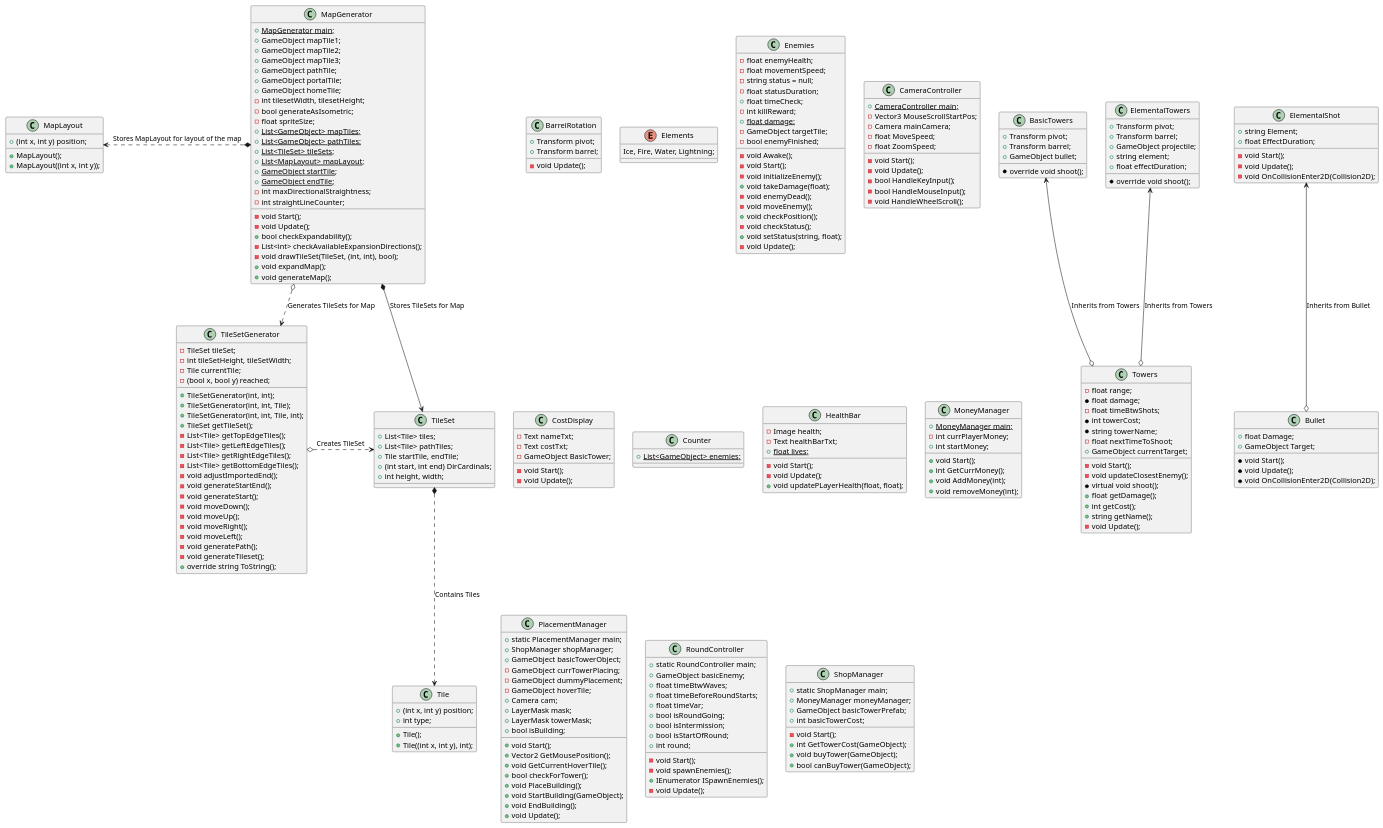
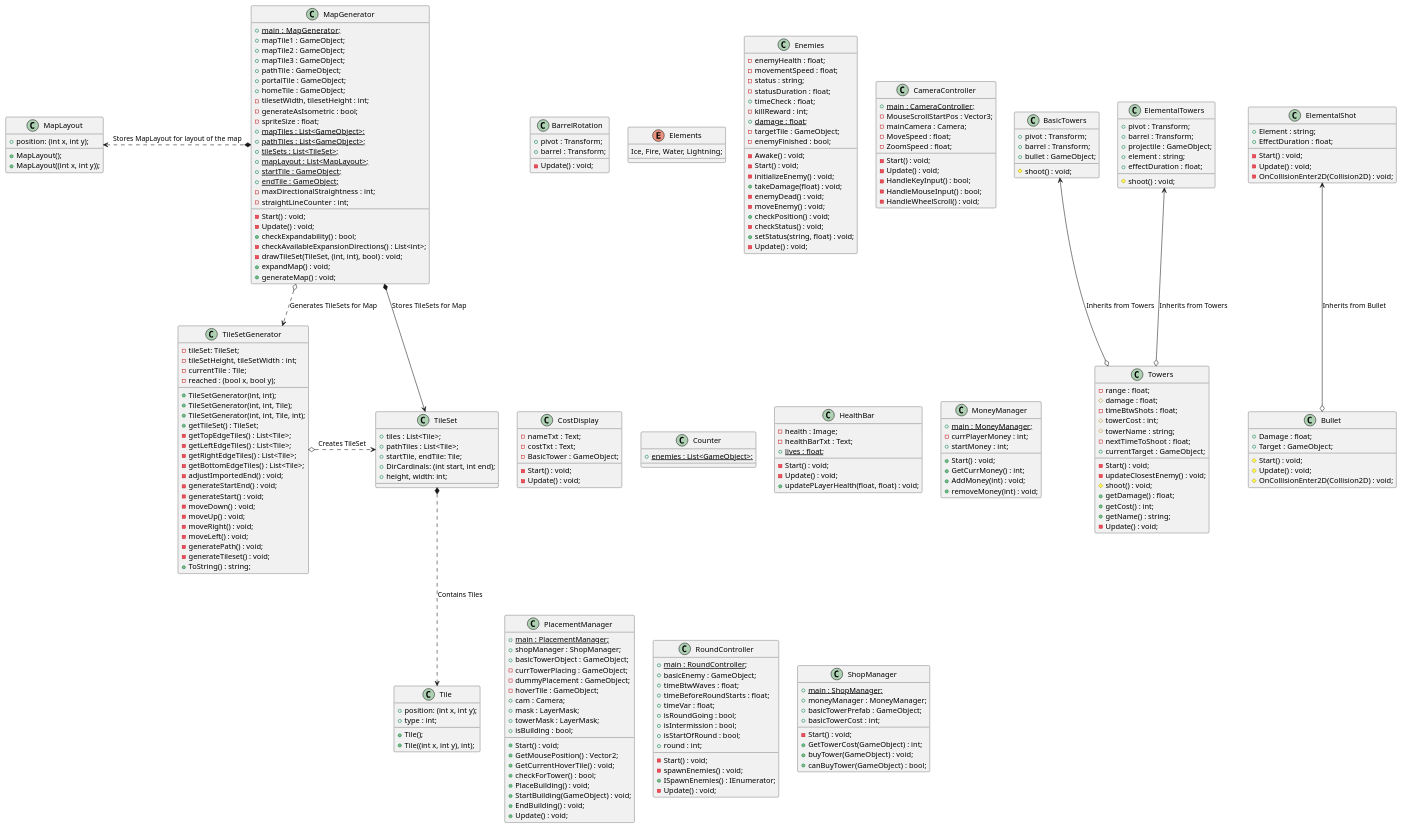
One commit to fsu-fall2022-capstone/Project-Group-4 changed the diagram in Docs/Diagrams/PlantUML/ClassDiagram.wsd. Above: the diagram before and after it, drawn with PlantUML.

Commit message:
reposition declared types

```diff
--- a/Docs/Diagrams/PlantUML/ClassDiagram.wsd
+++ b/Docs/Diagrams/PlantUML/ClassDiagram.wsd
@@ -1,76 +1,76 @@
 @startuml
     class Tile {
-        + {field} (int x, int y) position;
-        + int type;
+        + {field} position: (int x, int y);
+        + type : int;
         + Tile();
         + Tile((int x, int y), int);
     }
 
     class MapLayout {
-        + {field} (int x, int y) position;
+        + {field} position: (int x, int y);
         + MapLayout();
         + MapLayout((int x, int y));
     }
 
     class TileSet {
-        + List<Tile> tiles;
-        + List<Tile> pathTiles;
-        + Tile startTile, endTile;
-        + {field} (int start, int end) DirCardinals;
-        + int height, width;
+        + tiles : List<Tile>;
+        + pathTiles : List<Tile>;
+        + startTile, endTile: Tile;
+        + {field} DirCardinals: (int start, int end);
+        + height, width: int;
     }
 
     class TileSetGenerator {
-        - TileSet tileSet;
-        - int tileSetHeight, tileSetWidth;
-        - Tile currentTile;
-        - {field} (bool x, bool y) reached;
+        - tileSet: TileSet;
+        - tileSetHeight, tileSetWidth : int;
+        - currentTile : Tile;
+        - {field} reached : (bool x, bool y);
         + TileSetGenerator(int, int);
         + TileSetGenerator(int, int, Tile);
         + TileSetGenerator(int, int, Tile, int);
-        + TileSet getTileSet();
-        - List<Tile> getTopEdgeTiles();
-        - List<Tile> getLeftEdgeTiles();
-        - List<Tile> getRightEdgeTiles();
-        - List<Tile> getBottomEdgeTiles();
-        - void adjustImportedEnd();
-        - void generateStartEnd();
-        - void generateStart();
-        - void moveDown();
-        - void moveUp();
-        - void moveRight();
-        - void moveLeft();
-        - void generatePath();
-        - void generateTileset();
-        + override string ToString();
+        + getTileSet() : TileSet;
+        - getTopEdgeTiles() : List<Tile>;
+        - getLeftEdgeTiles() : List<Tile>;
+        - getRightEdgeTiles() : List<Tile>;
+        - getBottomEdgeTiles() : List<Tile>;
+        - adjustImportedEnd() : void;
+        - generateStartEnd() : void;
+        - generateStart() : void;
+        - moveDown() : void;
+        - moveUp() : void;
+        - moveRight() : void;
+        - moveLeft() : void;
+        - generatePath() : void;
+        - generateTileset() : void;
+        + ToString() : string;
     }
 
     class MapGenerator {
-        + {static} MapGenerator main;
-        + GameObject mapTile1;
-        + GameObject mapTile2;
-        + GameObject mapTile3;
-        + GameObject pathTile;
-        + GameObject portalTile;
-        + GameObject homeTile;
-        - int tilesetWidth, tilesetHeight;
-        - bool generateAsIsometric;
-        - float spriteSize;
-        + {static} List<GameObject> mapTiles;
-        + {static} List<GameObject> pathTiles;
-        + {static} List<TileSet> tileSets;
-        + {static} List<MapLayout> mapLayout;
-        + {static} GameObject startTile;
-        + {static} GameObject endTile;
-        - int maxDirectionalStraightness;
-        - int straightLineCounter;
-        - void Start();
-        - void Update();
-        + bool checkExpandability();
-        - List<int> checkAvailableExpansionDirections();
-        - void drawTileSet(TileSet, (int, int), bool);
-        + void expandMap();
-        + void generateMap();
+        + {static} main :  MapGenerator;
+        + mapTile1 : GameObject;
+        + mapTile2 : GameObject;
+        + mapTile3 : GameObject;
+        + pathTile : GameObject;
+        + portalTile : GameObject;
+        + homeTile : GameObject;
+        - tilesetWidth, tilesetHeight : int;
+        - generateAsIsometric : bool;
+        - spriteSize : float;
+        + {static} mapTiles : List<GameObject>;
+        + {static} pathTiles : List<GameObject>;
+        + {static} tileSets : List<TileSet>;
+        + {static} mapLayout : List<MapLayout>;
+        + {static} startTile : GameObject;
+        + {static} endTile : GameObject;
+        - maxDirectionalStraightness : int;
+        - straightLineCounter : int;
+        - Start() : void;
+        - Update() : void;
+        + checkExpandability() : bool;
+        - checkAvailableExpansionDirections() : List<int>;
+        - drawTileSet(TileSet, (int, int), bool) : void;
+        + expandMap() : void;
+        + generateMap() : void;
     }
 
     MapLayout <.* MapGenerator: Stores MapLayout for layout of the map
@@ -80,58 +80,58 @@
     MapGenerator *--> TileSet: Stores TileSets for Map
 
     class BarrelRotation {
-        + Transform pivot;
-        + Transform barrel;
-        - void Update();
+        + pivot : Transform;
+        + barrel : Transform;
+        - Update() : void;
     }
 
     class Towers {
-        - float range;
-        * float damage;
-        - float timeBtwShots;
-        * int towerCost;
-        * string towerName;
-        - float nextTimeToShoot;
-        + GameObject currentTarget;
-        - void Start();
-        - void updateClosestEnemy();
-        * virtual void shoot();
-        + float getDamage();
-        + int getCost();
-        + string getName();
-        - void Update();
+        - range : float;
+        # damage : float;
+        - timeBtwShots : float;
+        # towerCost : int;
+        # towerName : string;
+        - nextTimeToShoot : float;
+        + currentTarget : GameObject;
+        - Start() : void;
+        - updateClosestEnemy() : void;
+        # shoot() : void;
+        + getDamage() : float;
+        + getCost() : int;
+        + getName() : string;
+        - Update() : void;
     }
 
     class BasicTowers {
-        + Transform pivot;
-        + Transform barrel;
-        + GameObject bullet;
-        * override void shoot();
+        + pivot : Transform;
+        + barrel : Transform;
+        + bullet : GameObject;
+        # shoot() : void;
     }
 
     class Bullet {
-        + float Damage;
-        + GameObject Target;
-        * void Start();
-        * void Update();
-        * void OnCollisionEnter2D(Collision2D);
+        + Damage : float;
+        + Target : GameObject;
+        # Start() : void;
+        # Update() : void;
+        # OnCollisionEnter2D(Collision2D) : void;
     }
 
     class ElementalShot {
-        + string Element;
-        + float EffectDuration;
-        - void Start();
-        - void Update();
-        - void OnCollisionEnter2D(Collision2D);
+        + Element : string;
+        + EffectDuration : float;
+        - Start() : void;
+        - Update() : void;
+        - OnCollisionEnter2D(Collision2D) : void;
     }
 
     class ElementalTowers {
-        + Transform pivot;
-        + Transform barrel;
-        + GameObject projectile;
-        + string element;
-        + float effectDuration;
-        * override void shoot();
+        + pivot : Transform;
+        + barrel : Transform;
+        + projectile : GameObject;
+        + element : string;
+        + effectDuration : float;
+        # shoot() : void;
     }
 
     ElementalTowers <--o Towers: Inherits from Towers
@@ -144,116 +144,116 @@
     }
 
     class Enemies {
-        - float enemyHealth;
-        - float movementSpeed;
-        - string status = null;
-        - float statusDuration;
-        + float timeCheck;
-        - int killReward;
-        + {static} float damage;
-        - GameObject targetTile;
-        - bool enemyFinished;
-        - void Awake();
-        - void Start();
-        - void initializeEnemy();
-        + void takeDamage(float);
-        - void enemyDead();
-        - void moveEnemy();
-        + void checkPosition();
-        - void checkStatus();
-        + void setStatus(string, float);
-        - void Update();
+        - enemyHealth : float;
+        - movementSpeed : float;
+        - status : string;
+        - statusDuration : float;
+        + timeCheck : float;
+        - killReward : int;
+        + {static} damage : float;
+        - targetTile : GameObject;
+        - enemyFinished : bool;
+        - Awake() : void;
+        - Start() : void;
+        - initializeEnemy() : void;
+        + takeDamage(float) : void;
+        - enemyDead() : void;
+        - moveEnemy() : void;
+        + checkPosition() : void;
+        - checkStatus() : void;
+        + setStatus(string, float) : void;
+        - Update() : void;
     }
 
     class CameraController {
-        + {static} CameraController main;
-        - Vector3 MouseScrollStartPos;
-        - Camera mainCamera;
-        - float MoveSpeed;
-        - float ZoomSpeed;
-        - void Start();
-        - void Update();
-        - bool HandleKeyInput();
-        - bool HandleMouseInput();
-        - void HandleWheelScroll();
+        + {static} main : CameraController; 
+        - MouseScrollStartPos : Vector3;
+        - mainCamera : Camera;
+        - MoveSpeed : float;
+        - ZoomSpeed : float;
+        - Start() : void;
+        - Update() : void;
+        - HandleKeyInput() : bool;
+        - HandleMouseInput() : bool;
+        - HandleWheelScroll() : void;
     }
 
     class CostDisplay {
-        - Text nameTxt;
-        - Text costTxt;
-        - GameObject BasicTower;
-        - void Start();
-        - void Update();
+        - nameTxt : Text;
+        - costTxt : Text;
+        - BasicTower : GameObject;
+        - Start() : void;
+        - Update() : void;
     }
 
     class Counter {
-        + {static} List<GameObject> enemies;
+        + {static} enemies : List<GameObject>;
     }
 
     class HealthBar {
-        - Image health;
-        - Text healthBarTxt;
-        + {static} float lives;
-        - void Start();
-        - void Update();
-        + void updatePLayerHealth(float, float);
+        - health : Image;
+        - healthBarTxt : Text;
+        + {static} lives : float;
+        - Start() : void;
+        - Update() : void;
+        + updatePLayerHealth(float, float) : void;
     }
 
     class MoneyManager {
-        + {static} MoneyManager main;
-        - int currPlayerMoney;
-        + int startMoney;
-        + void Start();
-        + int GetCurrMoney();
-        + void AddMoney(int);
-        + void removeMoney(int);
+        + {static} main : MoneyManager;
+        - currPlayerMoney : int;
+        + startMoney : int;
+        + Start() : void;
+        + GetCurrMoney() : int;
+        + AddMoney(int) : void;
+        + removeMoney(int) : void;
     }
 
     class PlacementManager {
-        + static PlacementManager main;
-        + ShopManager shopManager;
-        + GameObject basicTowerObject;
-        - GameObject currTowerPlacing;
-        - GameObject dummyPlacement;
-        - GameObject hoverTile;
-        + Camera cam;
-        + LayerMask mask;
-        + LayerMask towerMask;
-        + bool isBuilding;
-        + void Start();
-        + Vector2 GetMousePosition();
-        + void GetCurrentHoverTile();
-        + bool checkForTower();
-        + void PlaceBuilding();
-        + void StartBuilding(GameObject);
-        + void EndBuilding();
-        + void Update();
+        + {static} main : PlacementManager;
+        + shopManager : ShopManager;
+        + basicTowerObject : GameObject;
+        - currTowerPlacing : GameObject;
+        - dummyPlacement : GameObject;
+        - hoverTile : GameObject;
+        + cam : Camera;
+        + mask : LayerMask;
+        + towerMask : LayerMask;
+        + isBuilding : bool;
+        + Start() : void;
+        + GetMousePosition() : Vector2;
+        + GetCurrentHoverTile() : void;
+        + checkForTower() : bool;
+        + PlaceBuilding() : void;
+        + StartBuilding(GameObject) : void;
+        + EndBuilding() : void;
+        + Update() : void;
     }
 
     class RoundController {
-        + static RoundController main;
-        + GameObject basicEnemy;
-        + float timeBtwWaves;
-        + float timeBeforeRoundStarts;
-        + float timeVar;
-        + bool isRoundGoing;
-        + bool isIntermission;
-        + bool isStartOfRound;
-        + int round;
-        - void Start();
-        - void spawnEnemies();
-        + IEnumerator ISpawnEnemies();
-        - void Update();
+        + {static} main : RoundController;
+        + basicEnemy : GameObject;
+        + timeBtwWaves : float;
+        + timeBeforeRoundStarts : float;
+        + timeVar : float;
+        + isRoundGoing : bool;
+        + isIntermission : bool;
+        + isStartOfRound : bool;
+        + round : int;
+        - Start() : void;
+        - spawnEnemies() : void;
+        + ISpawnEnemies() : IEnumerator;
+        - Update() : void;
     }
 
     class ShopManager {
-        + static ShopManager main;
-        + MoneyManager moneyManager;
-        + GameObject basicTowerPrefab;
-        + int basicTowerCost;
-        - void Start();
-        + int GetTowerCost(GameObject);
-        + void buyTower(GameObject);
-        + bool canBuyTower(GameObject);
+        + {static} main : ShopManager;
+        + moneyManager : MoneyManager;
+        + basicTowerPrefab : GameObject;
+        + basicTowerCost : int;
+        - Start() : void;
+        + GetTowerCost(GameObject) : int;
+        + buyTower(GameObject) : void;
+        + canBuyTower(GameObject) : bool;
     }
 @enduml
```
